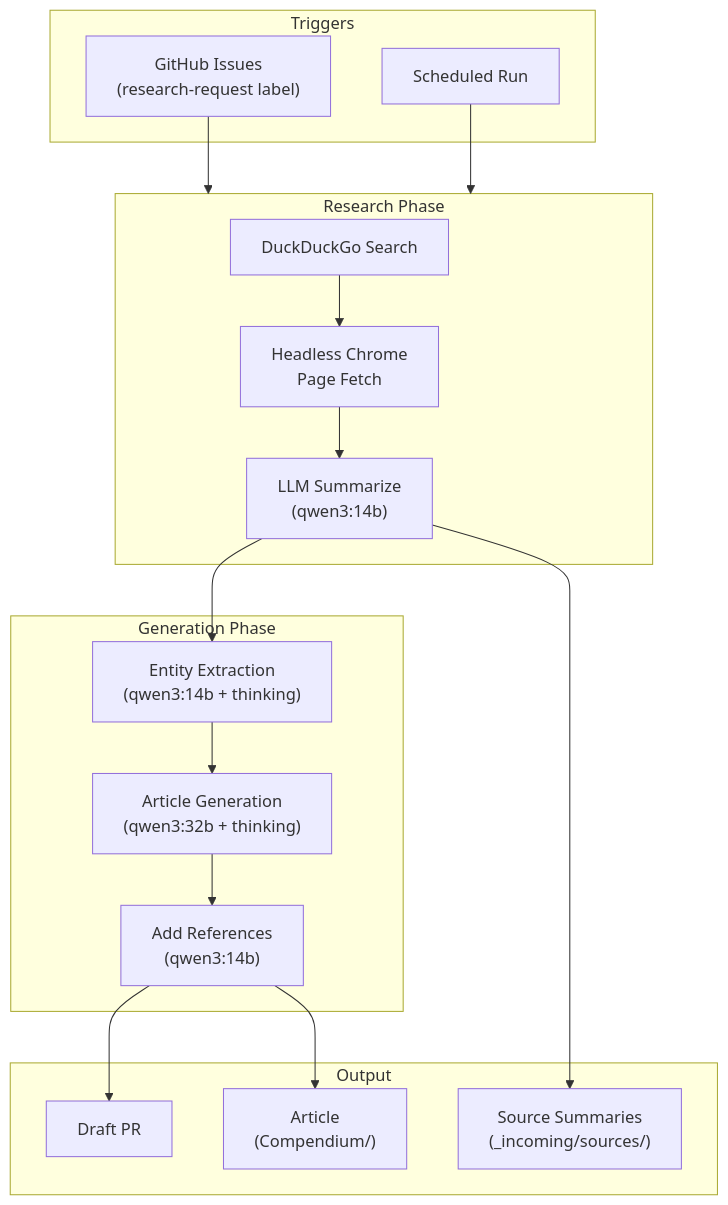
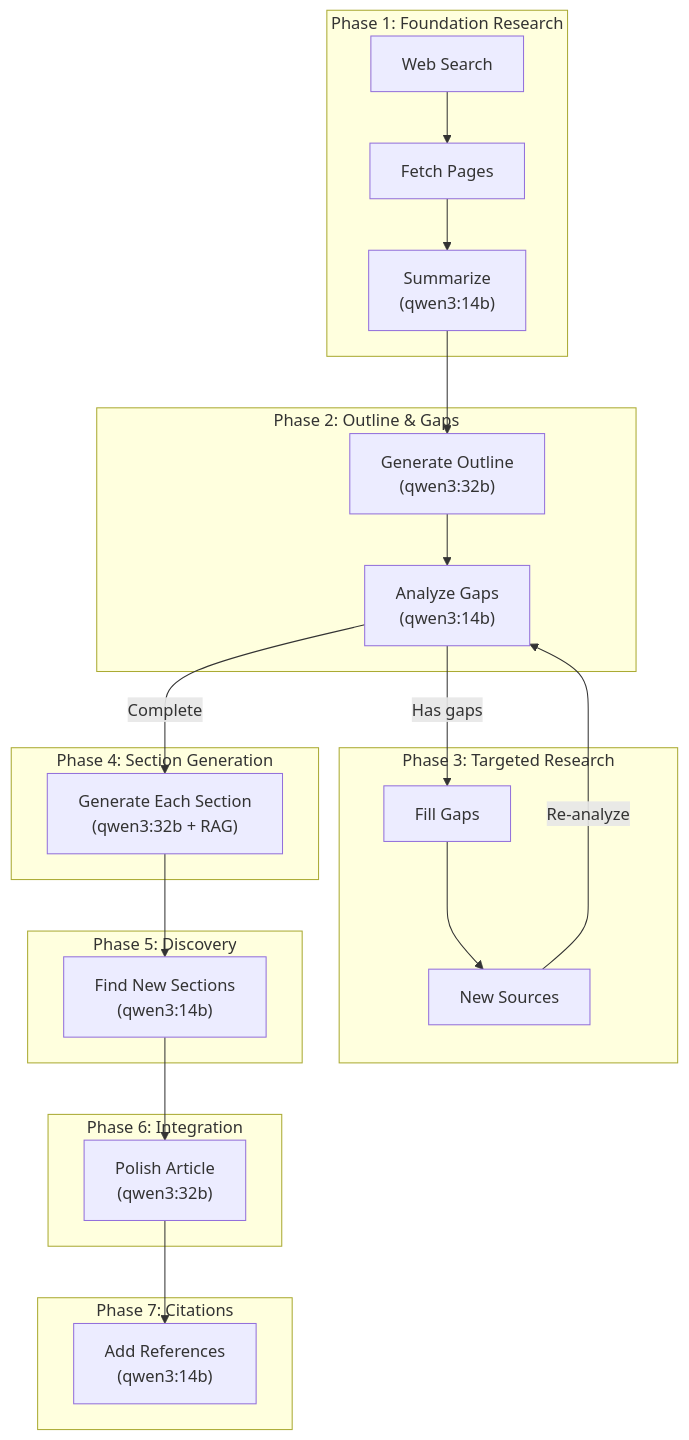
One commit to gitopedia/gitopedia changed the third of 6 diagrams in docs/architecture.md. Above: the diagram before and after it, drawn with Mermaid. The commit also changed other lines of this file, not shown here.

Commit message:
docs: update architecture with multi-phase researcher pipeline
Updated researcher agent section to reflect the new 7-phase
iterative article generation pipeline:
- Phase 1: Foundation Research
- Phase 2: Outline & Gap Analysis
- Phase 3: Targeted Research (iterative)
- Phase 4: Section Generation with RAG
- Phase 5: Section Discovery
- Phase 6: Integration & Polish
- Phase 7: Citation Addition

Includes updated Mermaid diagram and phase table.

````diff
--- a/docs/architecture.md
+++ b/docs/architecture.md
@@ -192,38 +192,40 @@
 ```mermaid
 flowchart TB
-    subgraph Triggers
-        Issues["GitHub Issues<br/>(research-request label)"]
-        Schedule["Scheduled Run"]
+    subgraph Phase1["Phase 1: Foundation Research"]
+        Search["Web Search"]
+        Fetch["Fetch Pages"]
+        Summarize["Summarize<br/>(qwen3:14b)"]
     end
 
-    subgraph Research["Research Phase"]
-        WebSearch["DuckDuckGo Search"]
-        Fetch["Headless Chrome<br/>Page Fetch"]
-        Summarize["LLM Summarize<br/>(qwen3:14b)"]
+    subgraph Phase2["Phase 2: Outline & Gaps"]
+        Outline["Generate Outline<br/>(qwen3:32b)"]
+        Gaps["Analyze Gaps<br/>(qwen3:14b)"]
     end
 
-    subgraph Generation["Generation Phase"]
-        EntityExtract["Entity Extraction<br/>(qwen3:14b + thinking)"]
-        ArticleGen["Article Generation<br/>(qwen3:32b + thinking)"]
+    subgraph Phase3["Phase 3: Targeted Research"]
+        TargetSearch["Fill Gaps"]
+        NewSources["New Sources"]
+    end
+
+    subgraph Phase4["Phase 4: Section Generation"]
+        Sections["Generate Each Section<br/>(qwen3:32b + RAG)"]
+    end
+
+    subgraph Phase5["Phase 5: Discovery"]
+        Discover["Find New Sections<br/>(qwen3:14b)"]
+    end
+
+    subgraph Phase6["Phase 6: Integration"]
+        Integrate["Polish Article<br/>(qwen3:32b)"]
+    end
+
+    subgraph Phase7["Phase 7: Citations"]
         AddRefs["Add References<br/>(qwen3:14b)"]
     end
 
-    subgraph Output
-        PR["Draft PR"]
-        Sources["Source Summaries<br/>(_incoming/sources/)"]
-        Article["Article<br/>(Compendium/)"]
-    end
-
-    Issues --> Research
-    Schedule --> Research
-
-    WebSearch --> Fetch
-    Fetch --> Summarize
-    Summarize --> EntityExtract
-    EntityExtract --> ArticleGen
-    ArticleGen --> AddRefs
-
-    AddRefs --> PR
-    Summarize --> Sources
-    AddRefs --> Article
+    Search --> Fetch --> Summarize
+    Summarize --> Outline --> Gaps
+    Gaps -->|"Has gaps"| TargetSearch --> NewSources -->|"Re-analyze"| Gaps
+    Gaps -->|"Complete"| Sections
+    Sections --> Discover --> Integrate --> AddRefs
 ```
````
